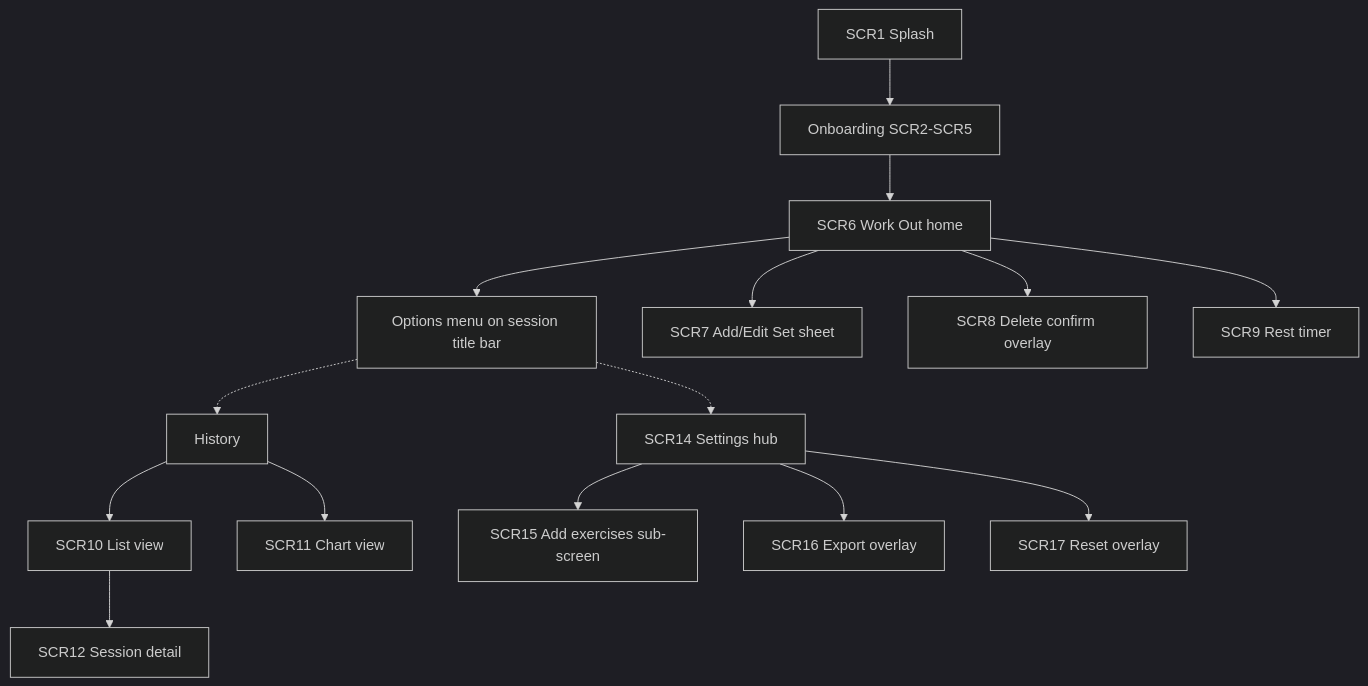
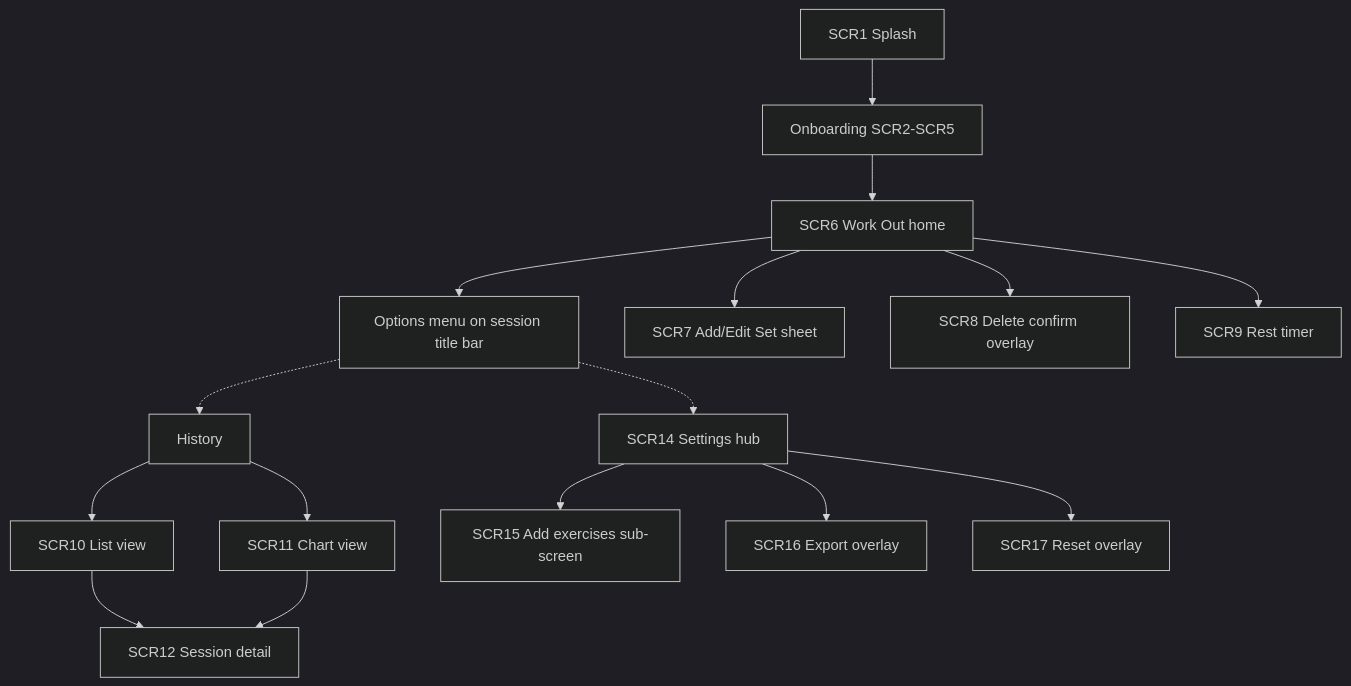
Before and after one commit to harsh-language/ultraload-expo: the third of 5 diagrams in docs/blueprint.md, drawn with Mermaid (dark theme). The commit also changed other lines of this file and 37 other files, not shown here.

Commit message:
Ship U5 History chart with shared duration/muscle filters and a subordinate exercise filter that parks the scrollable row at the active edge.

````diff
--- a/docs/blueprint.md
+++ b/docs/blueprint.md
@@ -140,17 +140,18 @@
 ```mermaid
 flowchart TD
   splash["SCR1 Splash"] --> onb["Onboarding SCR2-SCR5"]
   onb --> wo["SCR6 Work Out home"]
   wo --> menu["Options menu on session title bar"]
   menu -.-> hist["History"]
   menu -.-> set["SCR14 Settings hub"]
   wo --> sheet["SCR7 Add/Edit Set sheet"]
   wo --> del["SCR8 Delete confirm overlay"]
   wo --> timer["SCR9 Rest timer"]
   hist --> list["SCR10 List view"]
   hist --> chart["SCR11 Chart view"]
   list --> detail["SCR12 Session detail"]
+  chart --> detail
   set --> addEx["SCR15 Add exercises sub-screen"]
   set --> exp["SCR16 Export overlay"]
   set --> reset["SCR17 Reset overlay"]
 ```
````
